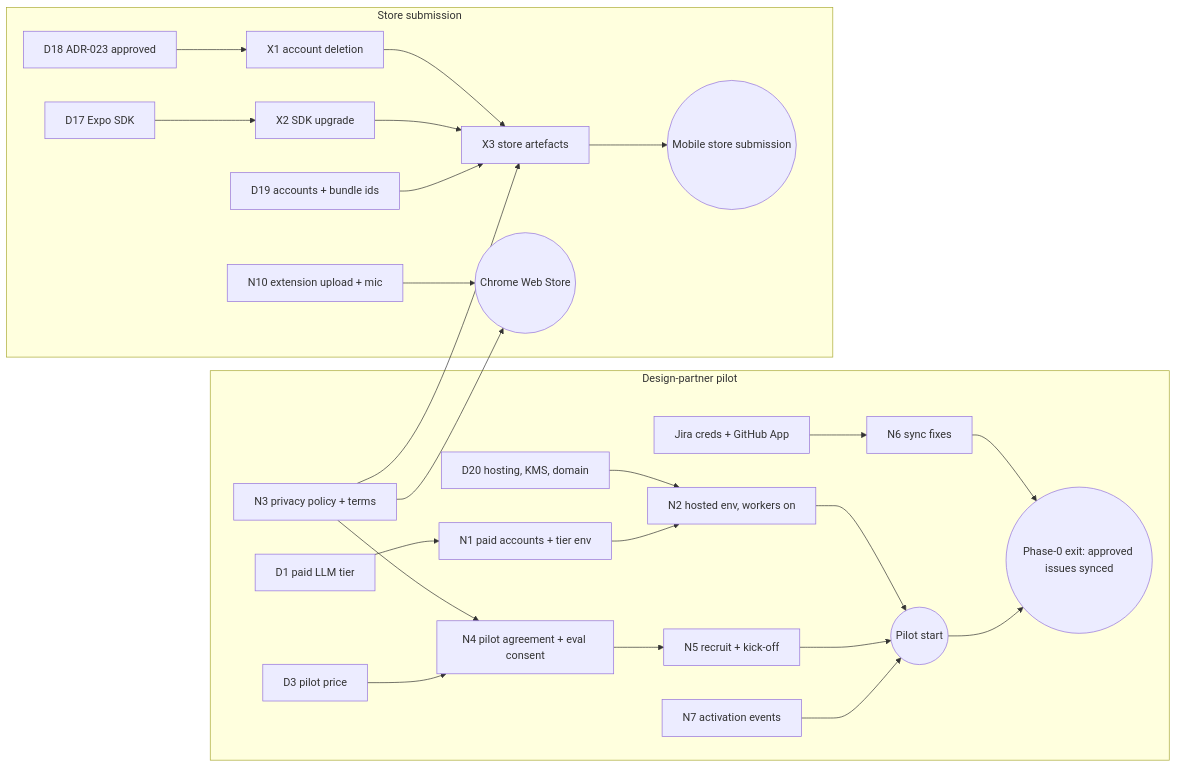
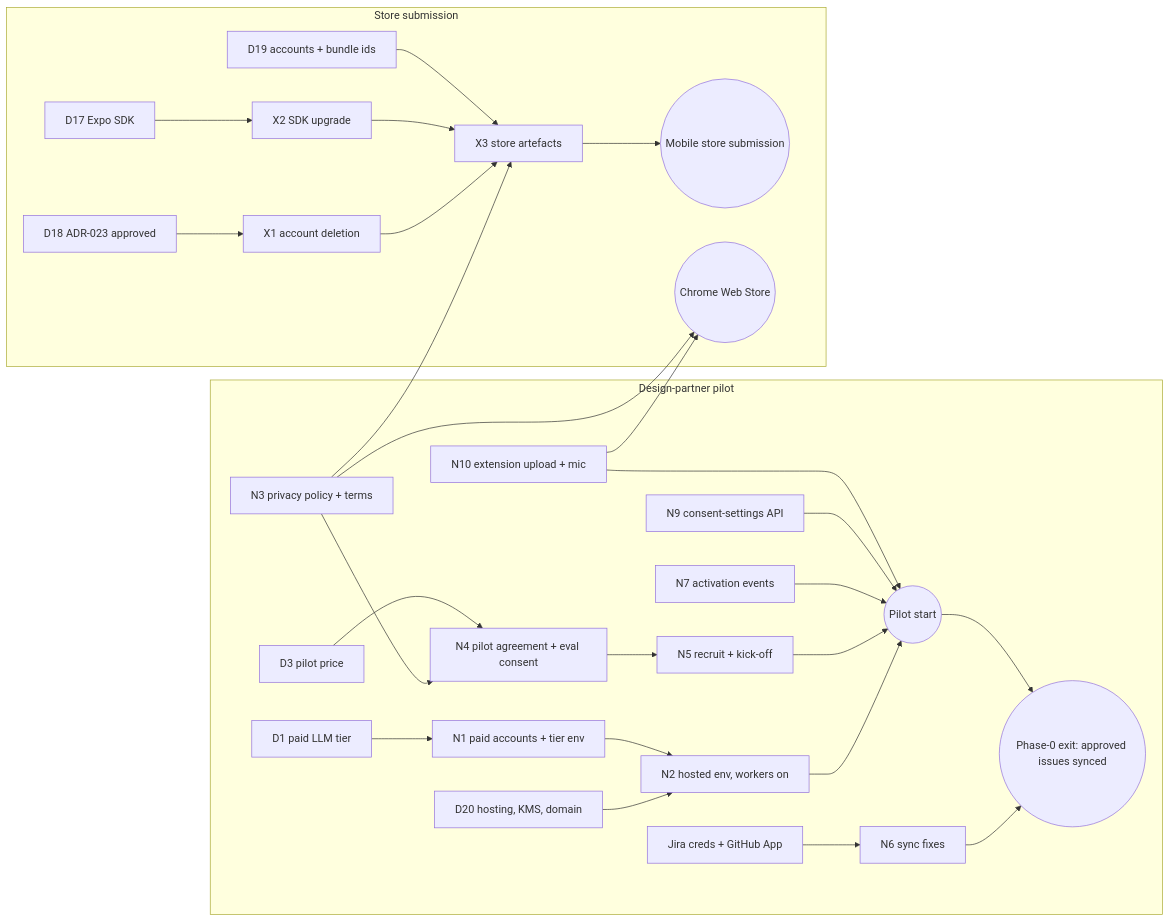
One commit to iakash22/meetops-platform changed the diagram in docs/research/phase-2-roadmap.md. Above: the diagram before and after it, drawn with Mermaid. The commit also changed other lines of this file and 7 other files, not shown here.

````diff
--- a/docs/research/phase-2-roadmap.md
+++ b/docs/research/phase-2-roadmap.md
@@ -114,28 +153,30 @@
 ```mermaid
 flowchart LR
   subgraph Pilot["Design-partner pilot"]
     D1[D1 paid LLM tier] --> N1[N1 paid accounts + tier env]
     D20[D20 hosting, KMS, domain] --> N2[N2 hosted env, workers on]
     N1 --> N2
     N3[N3 privacy policy + terms] --> N4[N4 pilot agreement + eval consent]
     D3[D3 pilot price] --> N4
     N4 --> N5[N5 recruit + kick-off]
     CREDS[Jira creds + GitHub App] --> N6[N6 sync fixes]
     N2 --> START((Pilot start))
     N5 --> START
     N7[N7 activation events] --> START
+    N9[N9 consent-settings API] --> START
+    N10[N10 extension upload + mic] --> START
     N6 --> EXIT((Phase-0 exit: approved issues synced))
     START --> EXIT
   end
   subgraph Store["Store submission"]
     D18[D18 ADR-023 approved] --> X1[X1 account deletion]
     D17[D17 Expo SDK] --> X2[X2 SDK upgrade]
     X1 --> X3[X3 store artefacts]
     X2 --> X3
     D19[D19 accounts + bundle ids] --> X3
     N3 --> X3
     X3 --> SUB((Mobile store submission))
-    N10[N10 extension upload + mic] --> CWS((Chrome Web Store))
+    N10 --> CWS((Chrome Web Store))
     N3 --> CWS
   end
 ```
````
